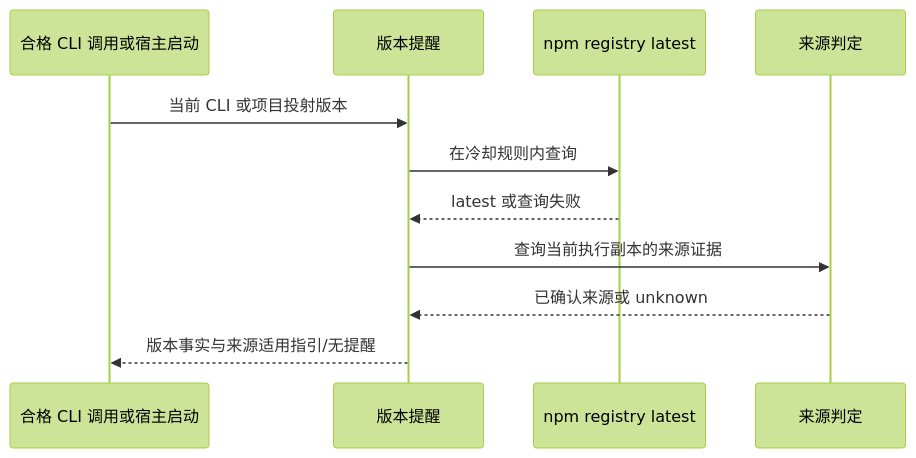
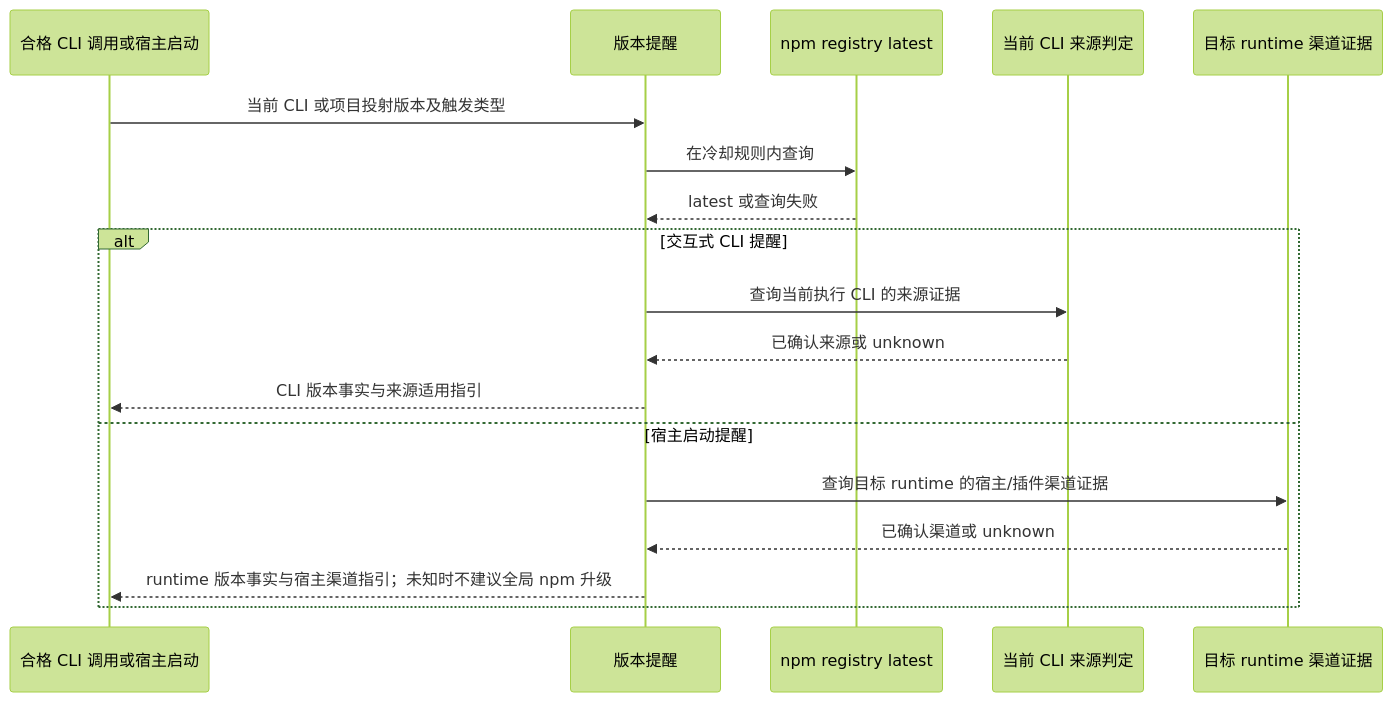
Before and after one commit to leo-kuang-ai/spec-first: the third of 3 diagrams in docs/plans/2026-11-05-001-feat-install-lifecycle-plan.md, drawn with Mermaid (forest theme). The commit also changed other lines of this file and 25 other files, not shown here.

````diff
--- a/docs/plans/2026-11-05-001-feat-install-lifecycle-plan.md
+++ b/docs/plans/2026-11-05-001-feat-install-lifecycle-plan.md
@@ -214,13 +214,20 @@
 ```mermaid
 sequenceDiagram
   participant H as 合格 CLI 调用或宿主启动
   participant V as 版本提醒
   participant R as npm registry latest
-  participant O as 来源判定
-  H->>V: 当前 CLI 或项目投射版本
+  participant O as 当前 CLI 来源判定
+  participant T as 目标 runtime 渠道证据
+  H->>V: 当前 CLI 或项目投射版本及触发类型
   V->>R: 在冷却规则内查询
   R-->>V: latest 或查询失败
-  V->>O: 查询当前执行副本的来源证据
-  O-->>V: 已确认来源或 unknown
-  V-->>H: 版本事实与来源适用指引/无提醒
+  alt 交互式 CLI 提醒
+    V->>O: 查询当前执行 CLI 的来源证据
+    O-->>V: 已确认来源或 unknown
+    V-->>H: CLI 版本事实与来源适用指引
+  else 宿主启动提醒
+    V->>T: 查询目标 runtime 的宿主/插件渠道证据
+    T-->>V: 已确认渠道或 unknown
+    V-->>H: runtime 版本事实与宿主渠道指引；未知时不建议全局 npm 升级
+  end
 ```
````
